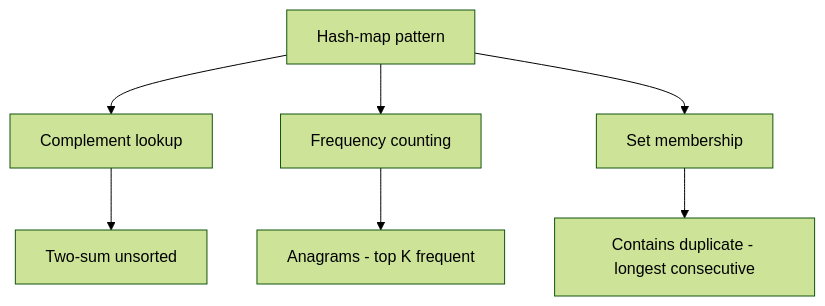
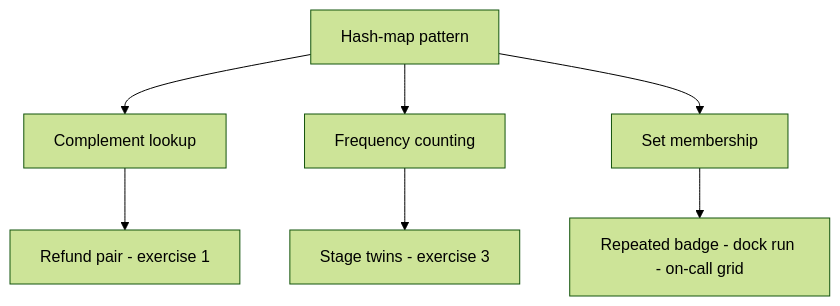
One commit to CODECRUNCHWORLDWIDE/C2-CrunchTime-The-Code changed the second of 2 diagrams in curriculum/week-02-complexity-and-hash-maps/lecture-notes/02-the-hash-map-pattern.md. Above: the diagram before and after it, drawn with Mermaid (forest theme). The commit also changed other lines of this file and 793 other files, not shown here.

````diff
--- a/curriculum/week-02-complexity-and-hash-maps/lecture-notes/02-the-hash-map-pattern.md
+++ b/curriculum/week-02-complexity-and-hash-maps/lecture-notes/02-the-hash-map-pattern.md
@@ -82,9 +82,9 @@
 ```mermaid
 flowchart TD
   A["Hash-map pattern"] --> B["Complement lookup"]
   A --> C["Frequency counting"]
   A --> D["Set membership"]
-  B --> B1["Two-sum unsorted"]
-  C --> C1["Anagrams - top K frequent"]
-  D --> D1["Contains duplicate - longest consecutive"]
+  B --> B1["Refund pair - exercise 1"]
+  C --> C1["Stage twins - exercise 3"]
+  D --> D1["Repeated badge - dock run - on-call grid"]
 ```
````
